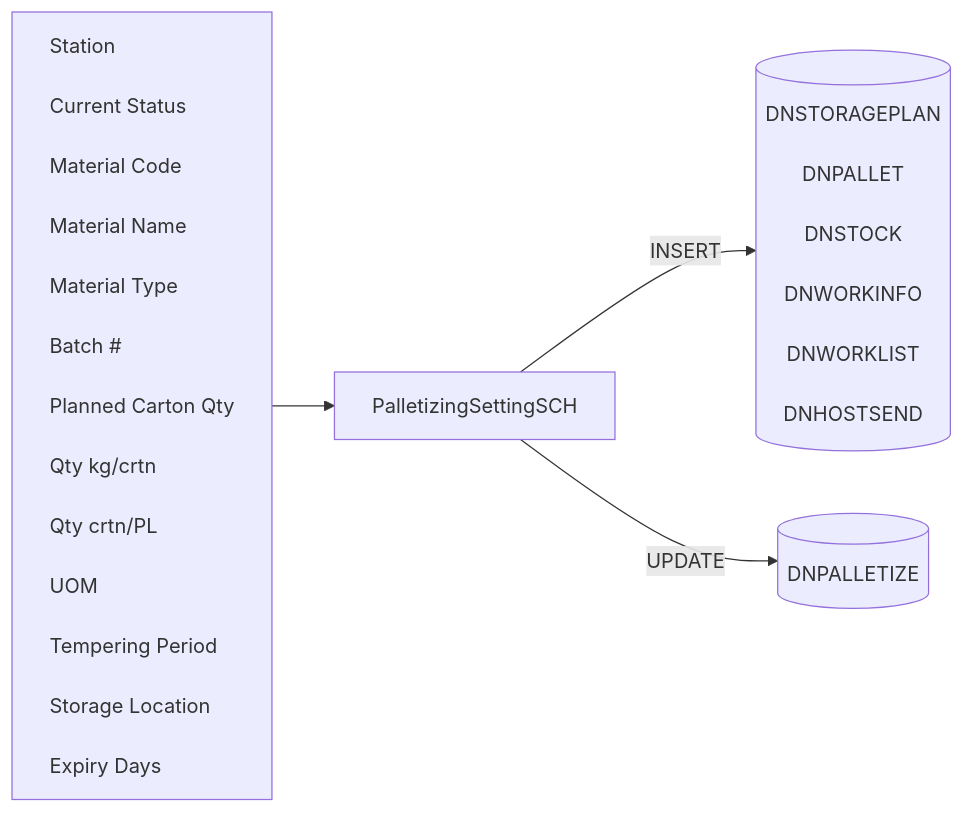
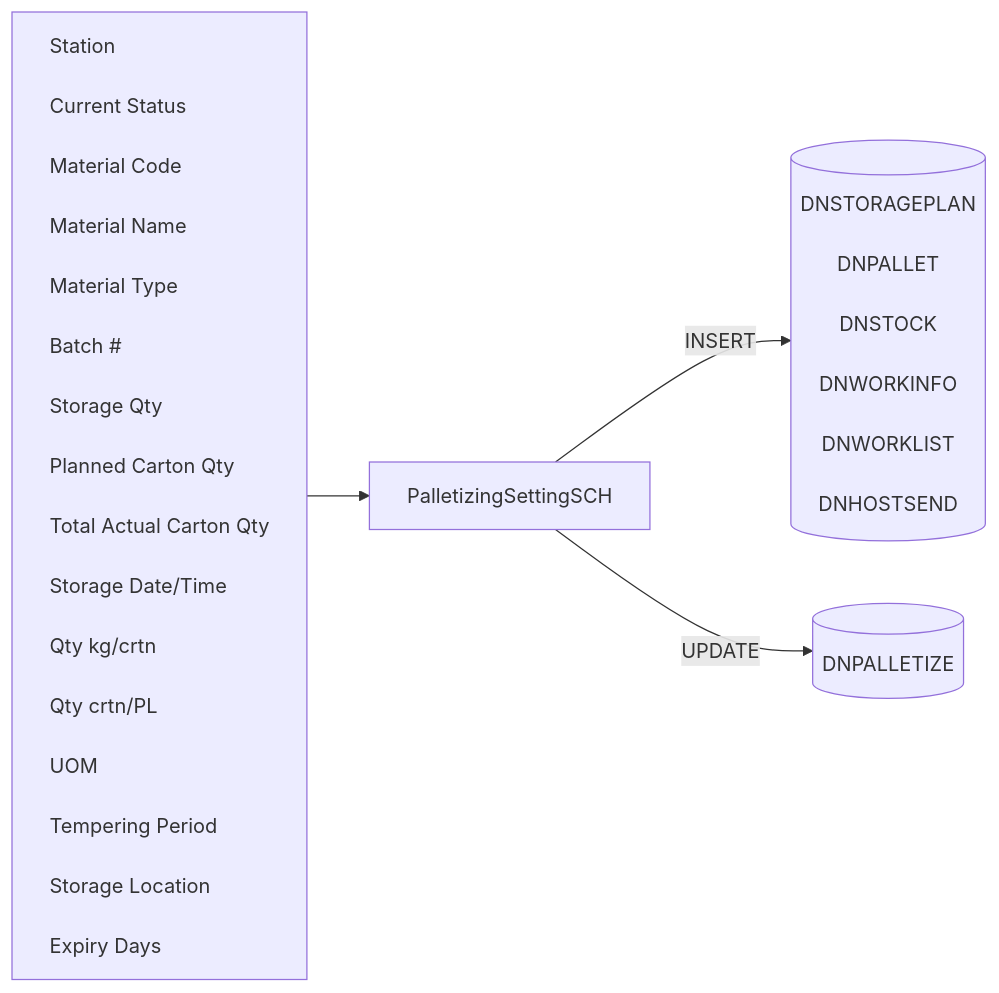
The diagram in Basic-Design/DFD-WMS/Storage/Palletizing-Settting/Batch-End.md (luthfiadityaa/SimeDarby-Wiki), drawn with Mermaid before and after one commit.

Commit message:
Updated Batch End

```diff
--- a/Basic-Design/DFD-WMS/Storage/Palletizing-Settting/Batch-End.md
+++ b/Basic-Design/DFD-WMS/Storage/Palletizing-Settting/Batch-End.md
@@ -21,39 +21,42 @@
 ::: mermaid
 flowchart LR
     input[
         Station<br>
         Current Status<br>
         Material Code<br>
         Material Name<br>
         Material Type<br>
         Batch #<br>
+        Storage Qty<br>
         Planned Carton Qty<br>
+        Total Actual Carton Qty<br>
+        Storage Date/Time<br>
         Qty kg/crtn<br>
         Qty crtn/PL<br>
         UOM<br>
         Tempering Period<br>
         Storage Location<br>
         Expiry Days<br>
     ]
 
     tableList-insert-update[("
         DNPALLETIZE<br>
     ")]
 
     tableList-insert[("
         DNSTORAGEPLAN<br>
         DNPALLET<br>
         DNSTOCK<br>
         DNWORKINFO<br>
         DNWORKLIST<br>
         DNHOSTSEND<br>
     ")]
 
     className[PalletizingSettingSCH]
 
     input --> className --> |INSERT| tableList-insert
     className --> |UPDATE| tableList-insert-update
 
     classDef leftAlign text-align:left;
     class input leftAlign;
 :::
```
